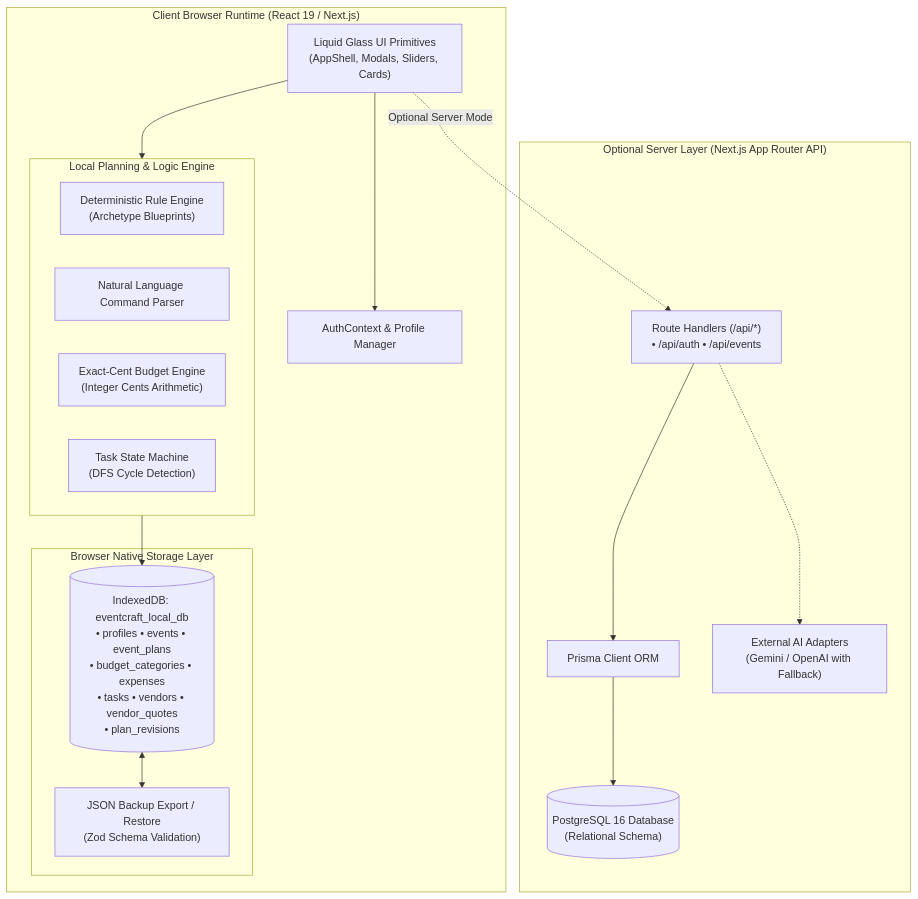
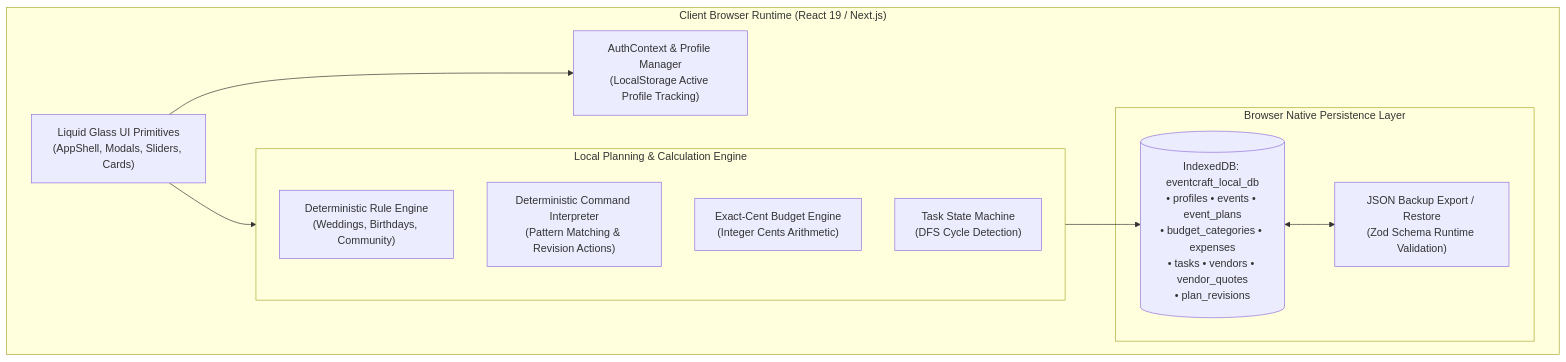
Before and after one commit to nithinpanuganti/EventCraft: the diagram in README.md, drawn with Mermaid. The commit also changed other lines of this file and 69 other files, not shown here.

Commit message:
feat: complete browser-only refactor, remove API routes, Prisma, and external AI; update README

````diff
--- a/README.md
+++ b/README.md
@@ -121,37 +125,24 @@
 ```mermaid
 flowchart TD
-    subgraph Client ["Client Browser Runtime (React 19 / Next.js)"]
+    subgraph Browser ["Client Browser Runtime (React 19 / Next.js)"]
         UI["Liquid Glass UI Primitives<br/>(AppShell, Modals, Sliders, Cards)"]
-        AuthCtx["AuthContext & Profile Manager"]
+        AuthCtx["AuthContext & Profile Manager<br/>(LocalStorage Active Profile Tracking)"]
         
-        subgraph LocalEngine ["Local Planning & Logic Engine"]
-            RuleEngine["Deterministic Rule Engine<br/>(Archetype Blueprints)"]
-            CmdParser["Natural Language Command Parser"]
+        subgraph LocalEngine ["Local Planning & Calculation Engine"]
+            RuleEngine["Deterministic Rule Engine<br/>(Weddings, Birthdays, Community)"]
+            CmdParser["Deterministic Command Interpreter<br/>(Pattern Matching & Revision Actions)"]
             BudgetMath["Exact-Cent Budget Engine<br/>(Integer Cents Arithmetic)"]
             TaskGraph["Task State Machine<br/>(DFS Cycle Detection)"]
         end
 
-        subgraph LocalStorage ["Browser Native Storage Layer"]
+        subgraph LocalStorage ["Browser Native Persistence Layer"]
             IDB[("IndexedDB: eventcraft_local_db<br/>• profiles • events • event_plans<br/>• budget_categories • expenses<br/>• tasks • vendors • vendor_quotes<br/>• plan_revisions")]
-            BackupUtil["JSON Backup Export / Restore<br/>(Zod Schema Validation)"]
+            BackupUtil["JSON Backup Export / Restore<br/>(Zod Schema Runtime Validation)"]
         end
-    end
-
-    subgraph Server ["Optional Server Layer (Next.js App Router API)"]
-        API["Route Handlers (/api/*)<br/>• /api/auth • /api/events"]
-        PrismaORM["Prisma Client ORM"]
-        Postgres[("PostgreSQL 16 Database<br/>(Relational Schema)")]
-        AIAdapters["External AI Adapters<br/>(Gemini / OpenAI with Fallback)"]
     end
 
     UI --> AuthCtx
     UI --> LocalEngine
     LocalEngine --> IDB
     IDB <--> BackupUtil
-    
-    %% Optional Hybrid Path
-    UI -.->|"Optional Server Mode"| API
-    API --> PrismaORM
-    PrismaORM --> Postgres
-    API -.-> AIAdapters
 ```
````
